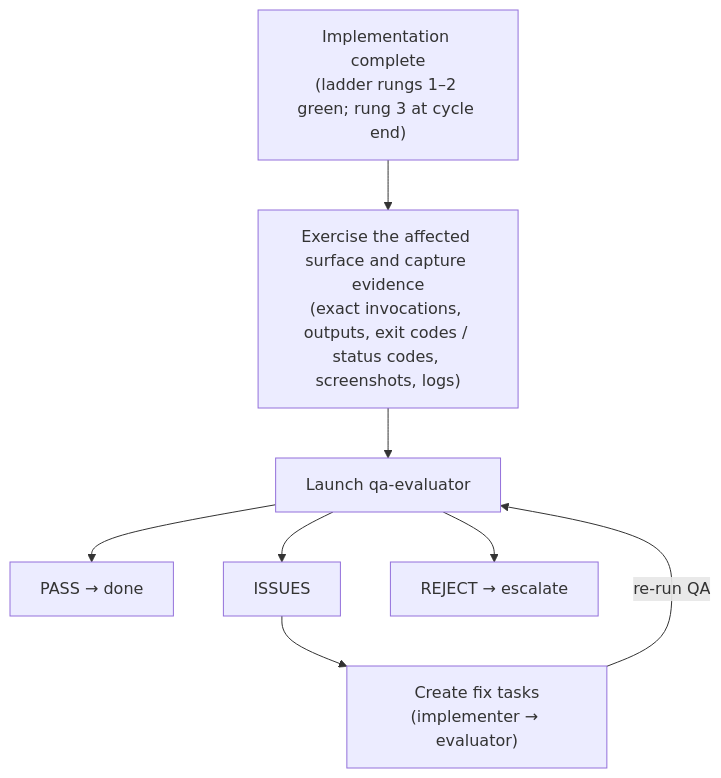
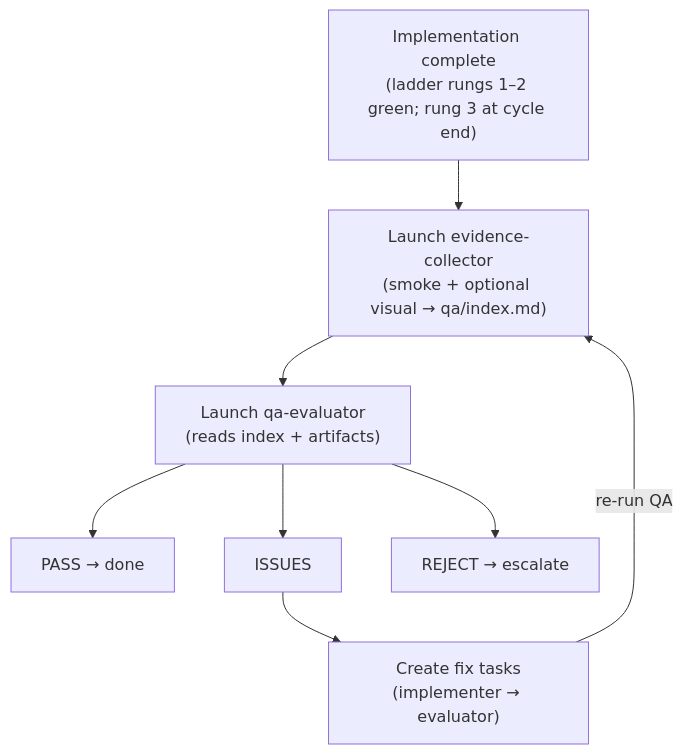
The third of 5 diagrams in skills/agent-kit/templates/ORCHESTRATION.md (kdcllc/skills), drawn with Mermaid before and after one commit. The commit also changed other lines of this file and 356 other files, not shown here.

````diff
--- a/skills/agent-kit/templates/ORCHESTRATION.md
+++ b/skills/agent-kit/templates/ORCHESTRATION.md
@@ -523,18 +568,18 @@
 ```mermaid
 flowchart TD
     Impl["Implementation complete\n(ladder rungs 1–2 green; rung 3 at cycle end)"]
-    Evidence["Exercise the affected surface and capture evidence\n(exact invocations, outputs, exit codes / status codes, screenshots, logs)"]
-    QA["Launch qa-evaluator"]
+    Collect["Launch evidence-collector\n(smoke + optional visual → qa/index.md)"]
+    QA["Launch qa-evaluator\n(reads index + artifacts)"]
     QAPass["PASS → done"]
     QAIssues["ISSUES"]
     QAReject["REJECT → escalate"]
     FixTasks["Create fix tasks\n(implementer → evaluator)"]
 
-    Impl --> Evidence
-    Evidence --> QA
+    Impl --> Collect
+    Collect --> QA
     QA --> QAPass
     QA --> QAIssues
     QA --> QAReject
     QAIssues --> FixTasks
-    FixTasks -->|"re-run QA"| QA
+    FixTasks -->|"re-run QA"| Collect
 ```
````
